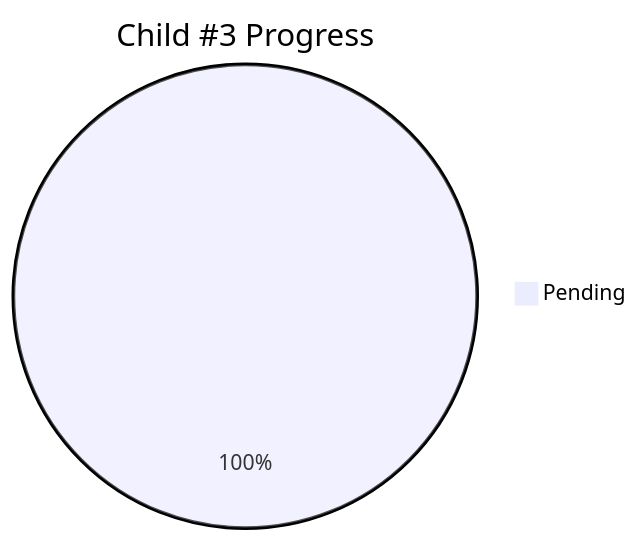
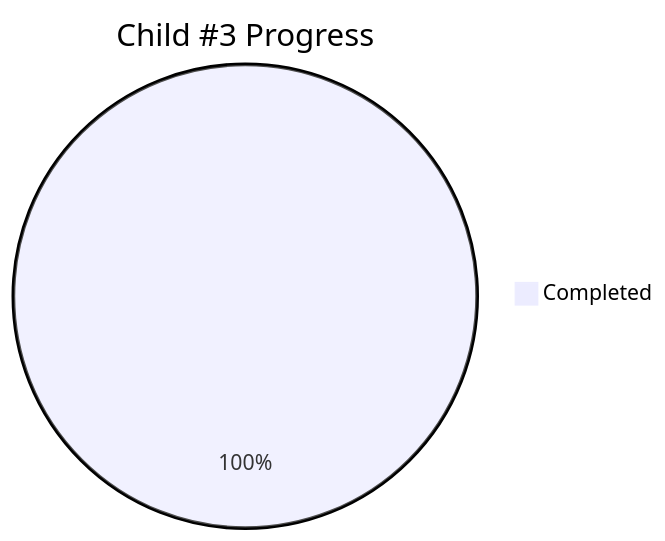
The diagram in docs/proposals/epic-2-github-pages-federation/child-3-corporate-workflow/progress.md (info-tech-io/info-tech-io.github.io), drawn with Mermaid before and after one commit. The commit also changed other lines of this file and 1 other file, not shown here.

````diff
--- a/docs/proposals/epic-2-github-pages-federation/child-3-corporate-workflow/progress.md
+++ b/docs/proposals/epic-2-github-pages-federation/child-3-corporate-workflow/progress.md
@@ -11,4 +12,4 @@
 ```mermaid
 pie title Child #3 Progress
-    "Pending" : 100
+    "Completed" : 100
 ```
````
